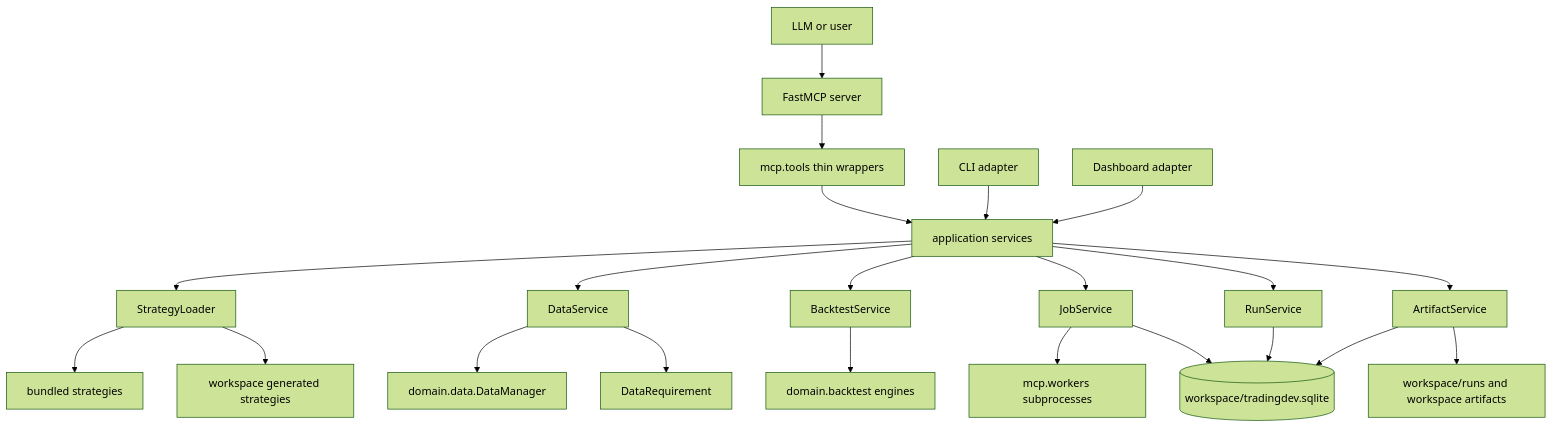
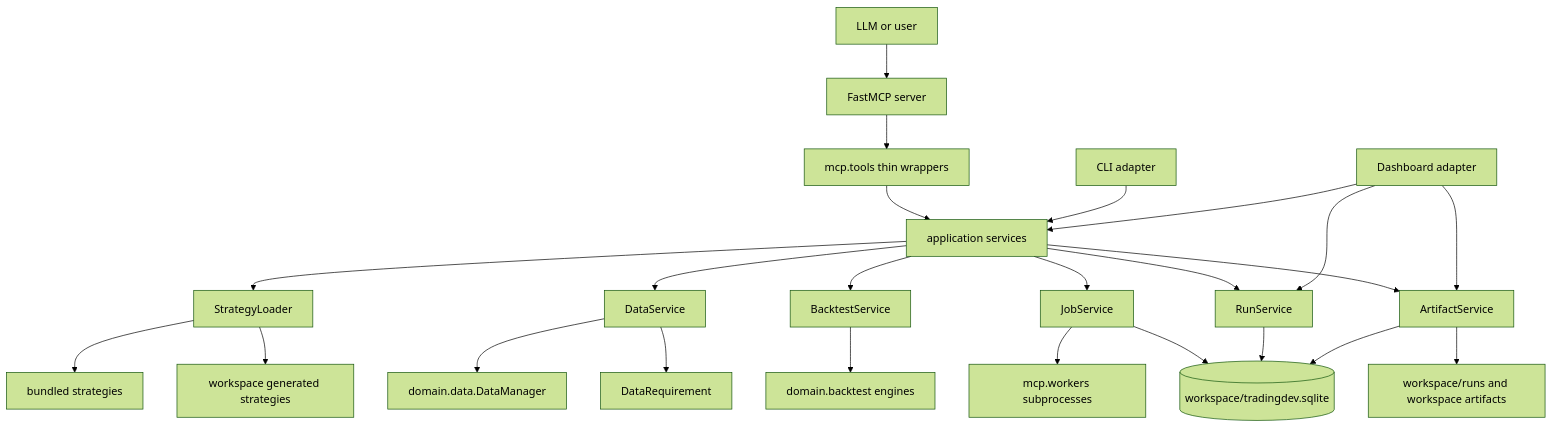
One commit to Kuan-Lun/tradingdev changed the first of 3 diagrams in ARCHITECTURE.md. Above: the diagram before and after it, drawn with Mermaid (forest theme). The commit also changed other lines of this file and 21 other files, not shown here.

````diff
--- a/ARCHITECTURE.md
+++ b/ARCHITECTURE.md
@@ -45,26 +46,28 @@
 ```mermaid
 flowchart TB
     user[LLM or user] --> mcp[FastMCP server]
     mcp --> tools[mcp.tools thin wrappers]
     tools --> app[application services]
     cli[CLI adapter] --> app
     dashboard[Dashboard adapter] --> app
 
     app --> loader[StrategyLoader]
     app --> data[DataService]
     app --> backtest[BacktestService]
     app --> jobs[JobService]
     app --> runs[RunService]
     app --> artifacts[ArtifactService]
 
     loader --> bundled[bundled strategies]
     loader --> generated[workspace generated strategies]
     data --> manager[domain.data.DataManager]
     data --> requirements[DataRequirement]
     backtest --> engines[domain.backtest engines]
     jobs --> workers[mcp.workers subprocesses]
     jobs --> sqlite[(workspace/tradingdev.sqlite)]
     runs --> sqlite
     artifacts --> sqlite
     artifacts --> files[workspace/runs and workspace artifacts]
+    dashboard --> runs
+    dashboard --> artifacts
 ```
````
